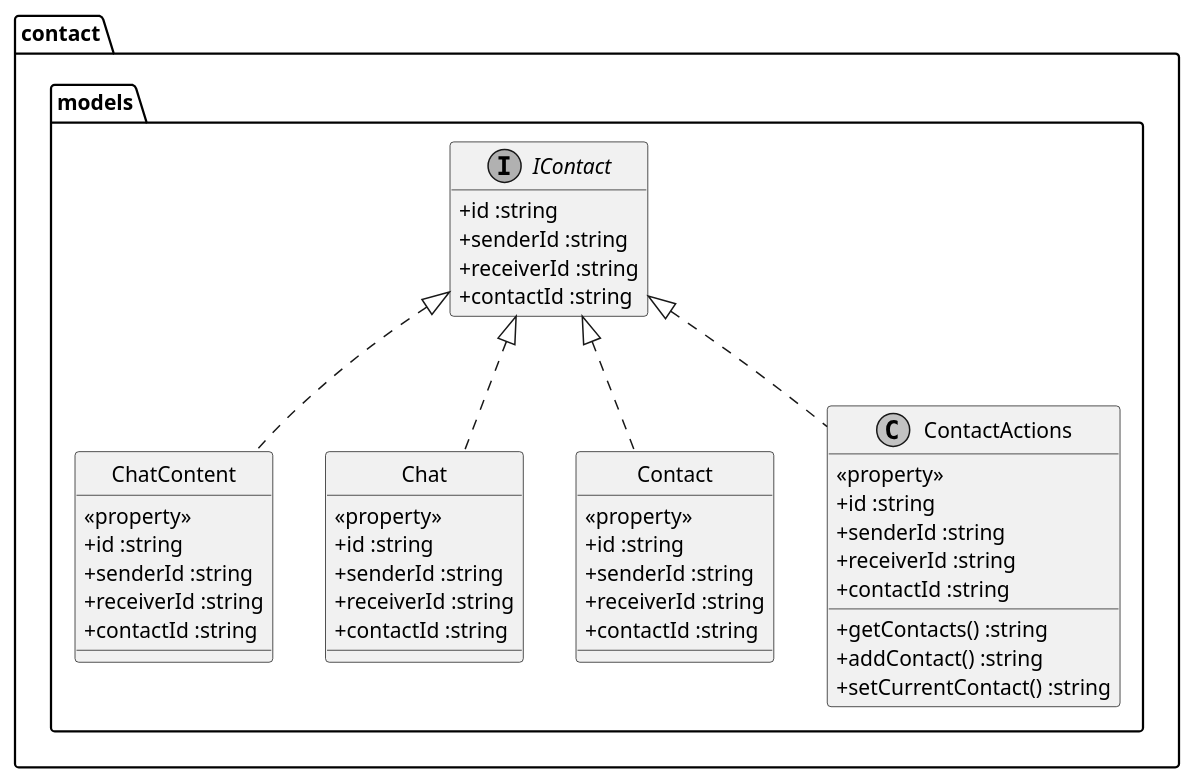
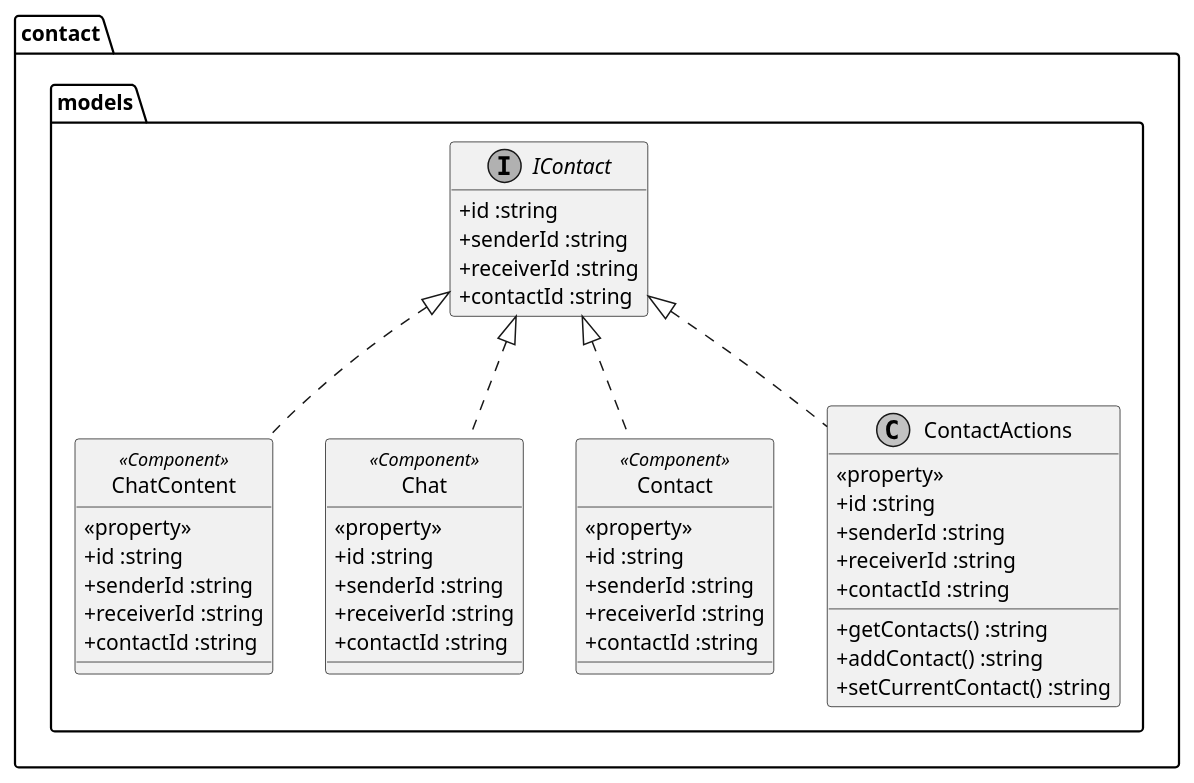
The diagram in diagrams/src/software-design/class-model-diagrams/contact.models.pu (converge-app/software-design), drawn with PlantUML before and after one commit. The commit also changed 18 other files, not shown here.

Commit message:
added service diagrams

```diff
--- a/diagrams/src/software-design/class-model-diagrams/contact.models.pu
+++ b/diagrams/src/software-design/class-model-diagrams/contact.models.pu
@@ -1,72 +1,72 @@
 @startuml
 
  skinparam monochrome true
  skinparam classAttributeIconSize 0
  top to bottom direction
 package "contact.models"{
   
   interface "IContact" {
     + id :string
     + senderId :string
     + receiverId :string
     + contactId :string
   }
   hide IContact  methods
 
   
   
   
-  class "ChatContent" {
+  class "ChatContent" <<Component>>{
   <<property>>
     + id :string
     + senderId :string
     + receiverId :string
     + contactId :string
 }
 
 hide ChatContent circle
 show ChatContent fields
 
-class "Chat" {
+class "Chat" <<Component>>{
   <<property>>
     + id :string
     + senderId :string
     + receiverId :string
     + contactId :string
 }
 
 hide Chat circle
 show Chat fields
   
-  class "Contact" {
+  class "Contact" <<Component>>{
   <<property>>
     + id :string
     + senderId :string
     + receiverId :string
     + contactId :string
 }
 
 hide Contact circle
 show Contact fields
   
   
 class "ContactActions" {
   + getContacts() :string
   + addContact() :string
   + setCurrentContact() :string
   <<property>>
     + id :string
     + senderId :string
     + receiverId :string
     + contactId :string
 }
   
   IContact <|.. ChatContent 
   IContact <|.. Chat
    IContact <|.. Contact
    IContact <|.. ContactActions
 
 }
 
 
 @enduml
```
